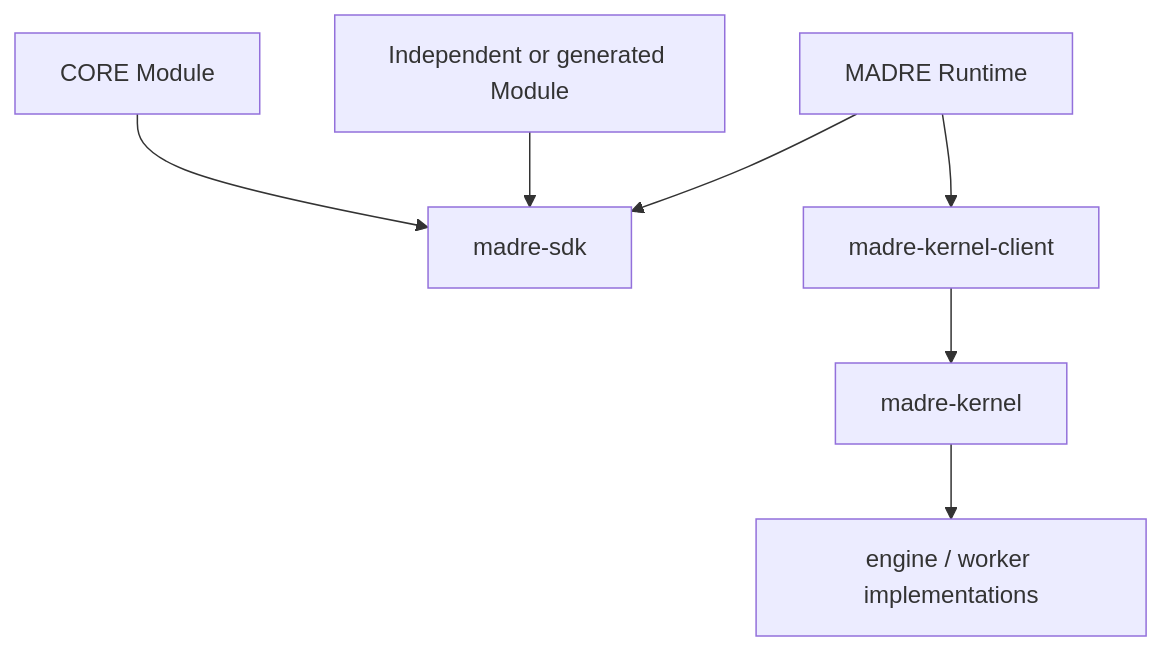
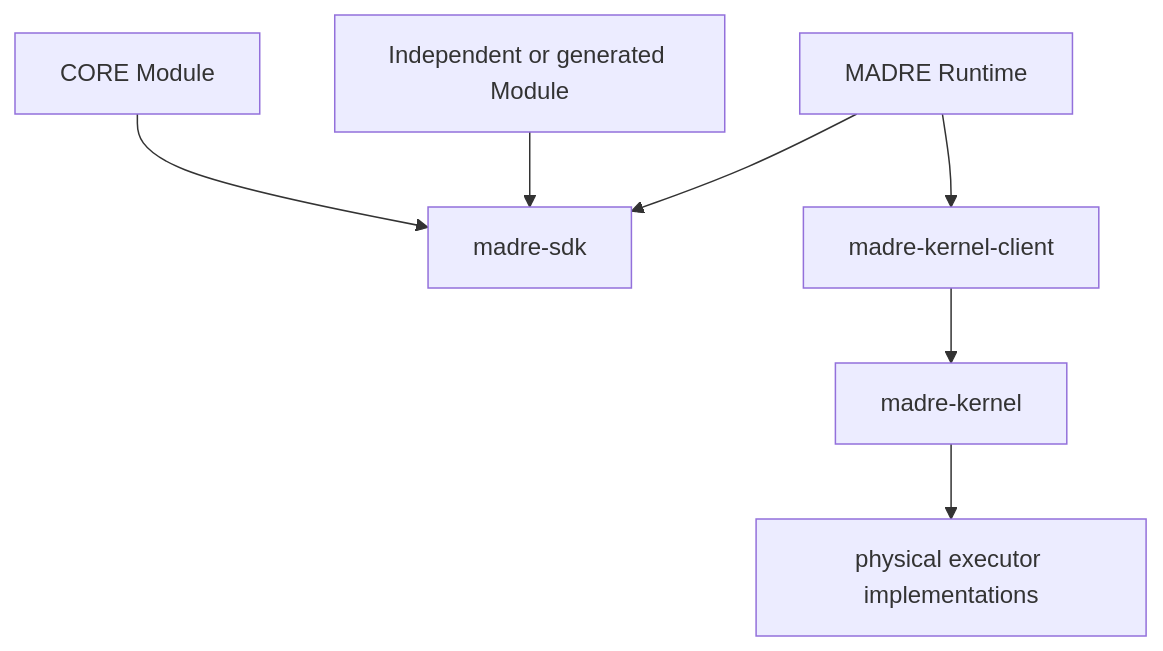
One commit to DidacLL/MADRE changed diagram 12 of 12 in docs/architecture/mid-level-architecture.md. Above: the diagram before and after it, drawn with Mermaid. The commit also changed other lines of this file and 40 other files, not shown here.

````diff
--- a/docs/architecture/mid-level-architecture.md
+++ b/docs/architecture/mid-level-architecture.md
@@ -524,17 +556,17 @@
 ```mermaid
 flowchart TB
     SDK["madre-sdk"]
     CORE["CORE Module"]
     MOD["Independent or generated Module"]
     RT["MADRE Runtime"]
     KC["madre-kernel-client"]
     K["madre-kernel"]
-    W["engine / worker implementations"]
+    X["physical executor implementations"]
 
     CORE --> SDK
     MOD --> SDK
     RT --> SDK
     RT --> KC
     KC --> K
-    K --> W
+    K --> X
 ```
````
